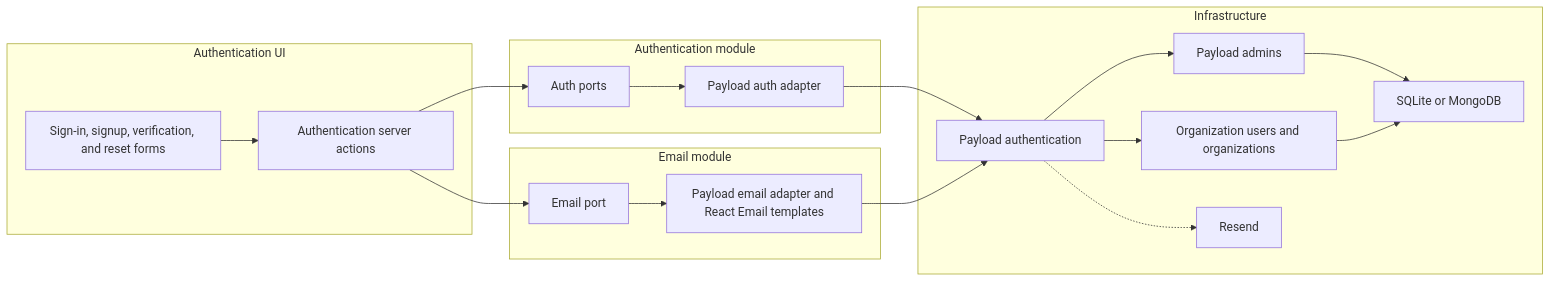
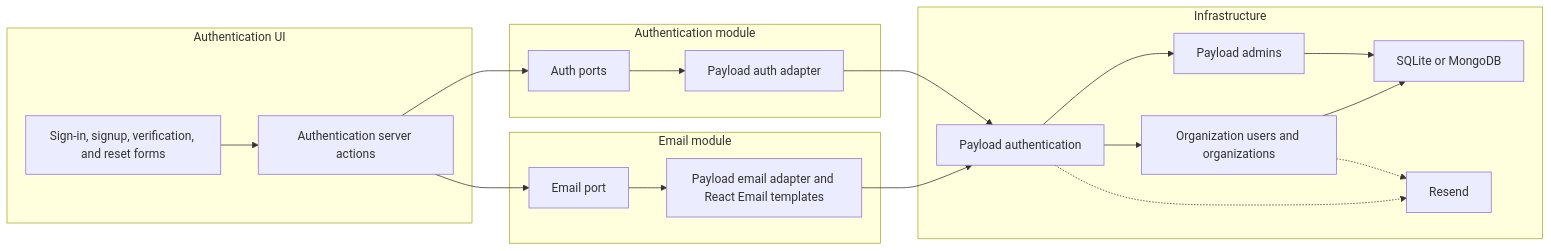
One commit to MubassirSapa/WayFinder changed the seventh of 7 diagrams in docs/technical/APPLICATION_ARCHITECTURE.md. Above: the diagram before and after it, drawn with Mermaid. The commit also changed other lines of this file and 36 other files, not shown here.

````diff
--- a/docs/technical/APPLICATION_ARCHITECTURE.md
+++ b/docs/technical/APPLICATION_ARCHITECTURE.md
@@ -620,38 +620,39 @@
 ```mermaid
 flowchart LR
     subgraph authUi ["Authentication UI"]
         forms["Sign-in, signup, verification, and reset forms"]
         authActions["Authentication server actions"]
     end
 
     subgraph authModule ["Authentication module"]
         authPorts["Auth ports"]
         authAdapter["Payload auth adapter"]
     end
 
     subgraph emailModule ["Email module"]
         emailPort["Email port"]
         emailAdapter["Payload email adapter and React Email templates"]
     end
 
     subgraph authInfrastructure ["Infrastructure"]
         payloadAuth["Payload authentication"]
         adminCollection["Payload admins"]
         userCollections["Organization users and organizations"]
         authDb["SQLite or MongoDB"]
         emailProvider["Resend"]
     end
 
     forms --> authActions
     authActions --> authPorts
     authPorts --> authAdapter
     authAdapter --> payloadAuth
     payloadAuth --> adminCollection
     payloadAuth --> userCollections
     adminCollection --> authDb
     userCollections --> authDb
     authActions --> emailPort
     emailPort --> emailAdapter
     emailAdapter --> payloadAuth
     payloadAuth -.-> emailProvider
+    userCollections -.-> emailProvider
 ```
````
